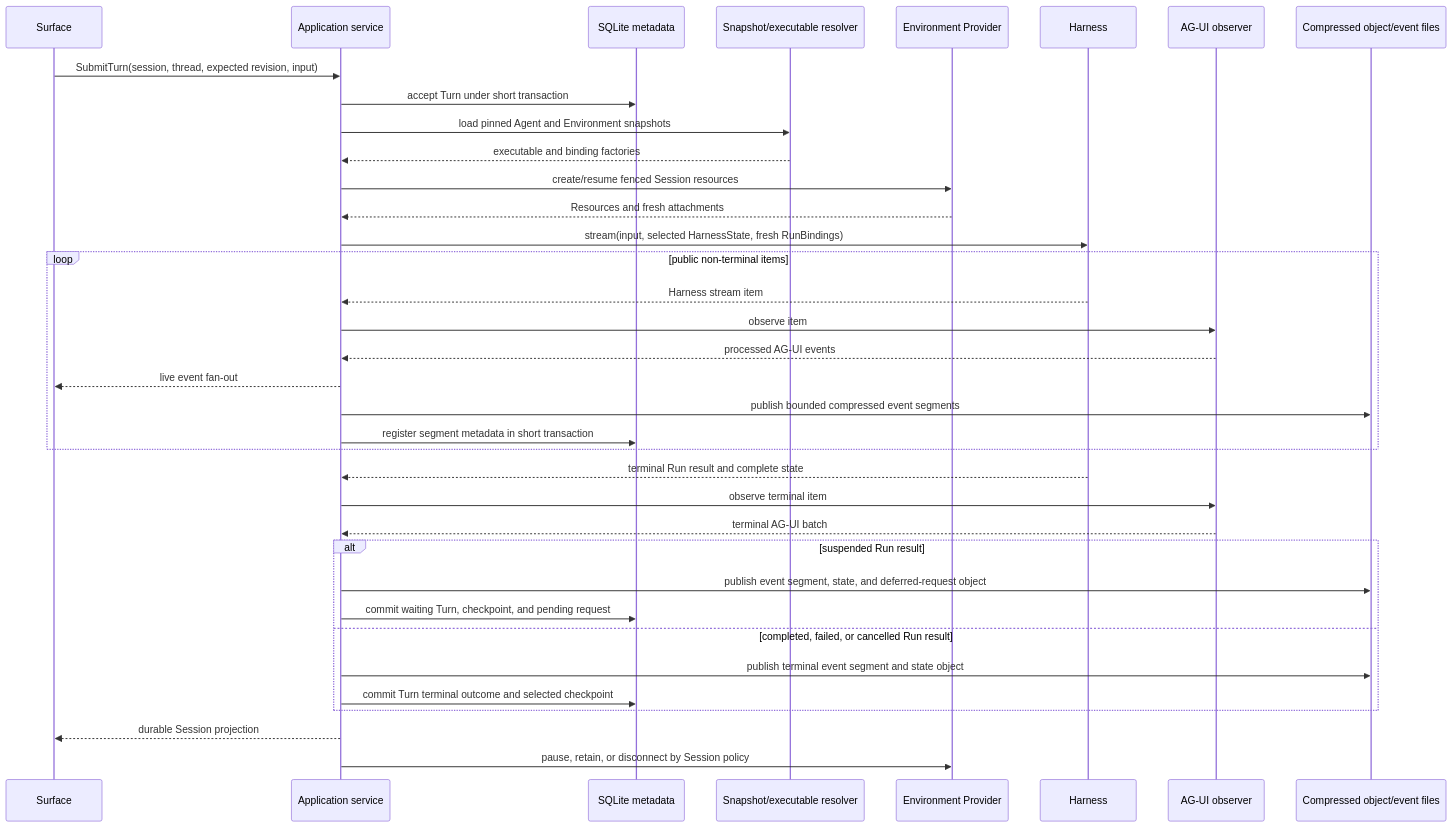
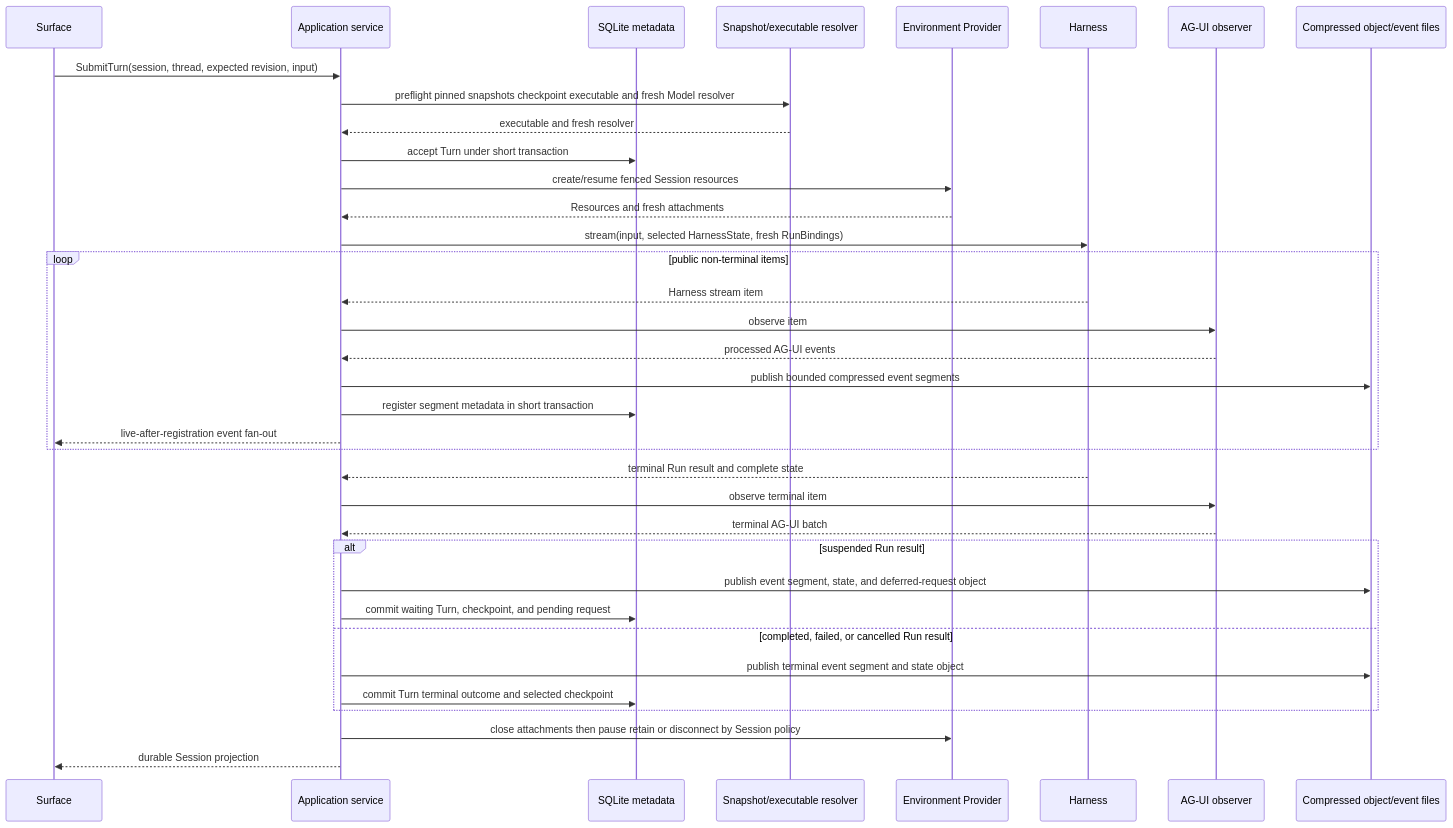
The second of 5 diagrams in spec/agent-ui/05-runtime-subagents-and-surfaces.md (LTThreeComma/agent-foundation), drawn with Mermaid before and after one commit. The commit also changed other lines of this file and 116 other files, not shown here.

````diff
--- a/spec/agent-ui/05-runtime-subagents-and-surfaces.md
+++ b/spec/agent-ui/05-runtime-subagents-and-surfaces.md
@@ -125,39 +127,39 @@
 ```mermaid
 sequenceDiagram
     participant Surface
     participant App as Application service
     participant DB as SQLite metadata
     participant Resolver as Snapshot/executable resolver
     participant Provider as Environment Provider
     participant Harness
     participant Observer as AG-UI observer
     participant Files as Compressed object/event files
 
     Surface->>App: SubmitTurn(session, thread, expected revision, input)
+    App->>Resolver: preflight pinned snapshots checkpoint executable and fresh Model resolver
+    Resolver-->>App: executable and fresh resolver
     App->>DB: accept Turn under short transaction
-    App->>Resolver: load pinned Agent and Environment snapshots
-    Resolver-->>App: executable and binding factories
     App->>Provider: create/resume fenced Session resources
     Provider-->>App: Resources and fresh attachments
     App->>Harness: stream(input, selected HarnessState, fresh RunBindings)
     loop public non-terminal items
         Harness-->>App: Harness stream item
         App->>Observer: observe item
         Observer-->>App: processed AG-UI events
-        App-->>Surface: live event fan-out
         App->>Files: publish bounded compressed event segments
         App->>DB: register segment metadata in short transaction
+        App-->>Surface: live-after-registration event fan-out
     end
     Harness-->>App: terminal Run result and complete state
     App->>Observer: observe terminal item
     Observer-->>App: terminal AG-UI batch
     alt suspended Run result
         App->>Files: publish event segment, state, and deferred-request object
         App->>DB: commit waiting Turn, checkpoint, and pending request
     else completed, failed, or cancelled Run result
         App->>Files: publish terminal event segment and state object
         App->>DB: commit Turn terminal outcome and selected checkpoint
     end
+    App->>Provider: close attachments then pause retain or disconnect by Session policy
     App-->>Surface: durable Session projection
-    App->>Provider: pause, retain, or disconnect by Session policy
 ```
````
